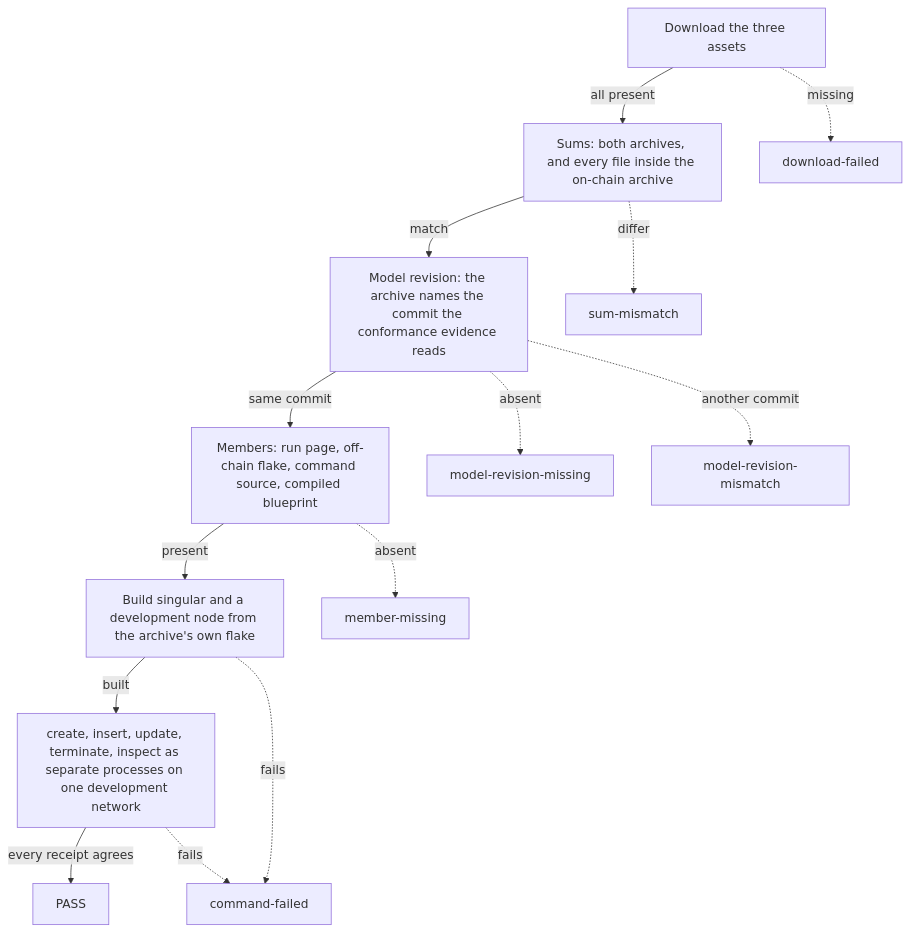
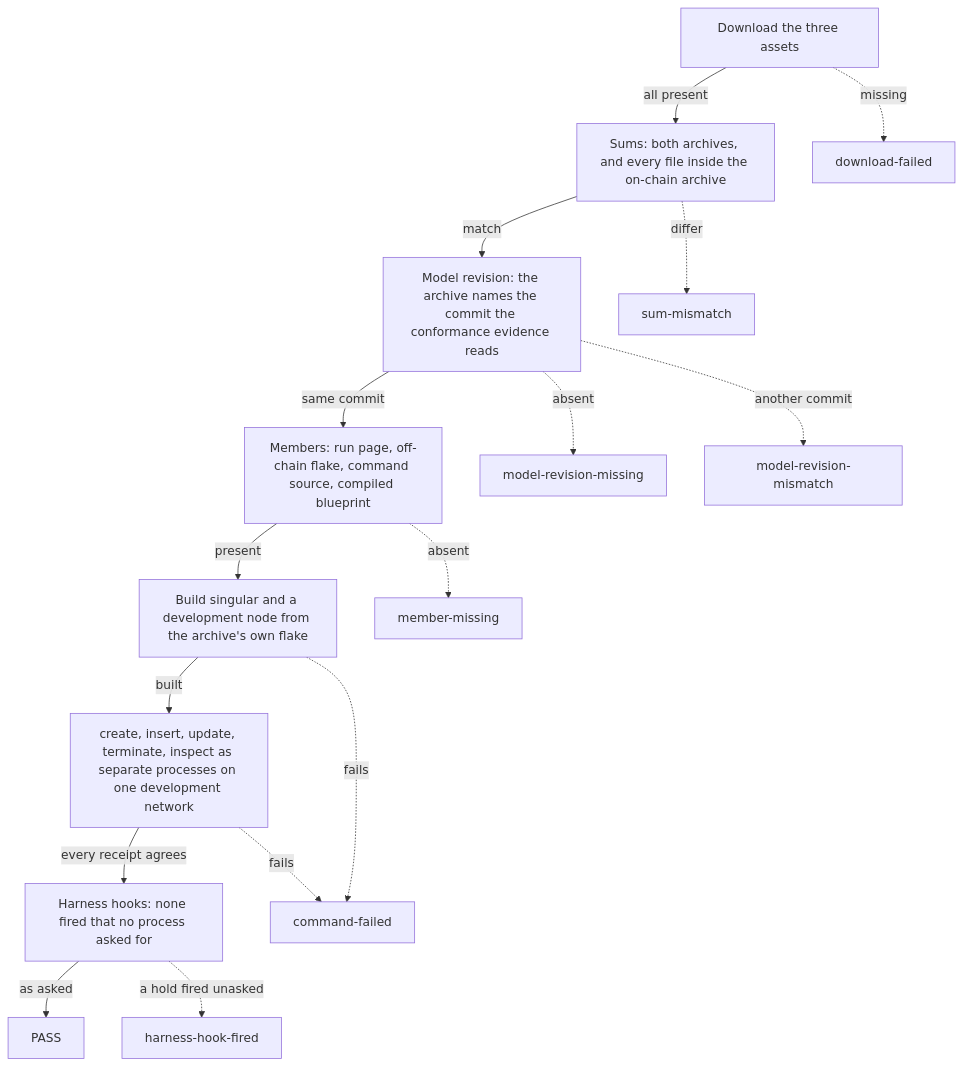
The diagram in docs/verify-release.md (lambdasistemi/singular), drawn with Mermaid before and after one commit. The commit also changed other lines of this file and 3 other files, not shown here.

First line of the commit message:
docs: the test-harness hooks of the released singular (#326)

````diff
--- a/docs/verify-release.md
+++ b/docs/verify-release.md
@@ -40,16 +40,18 @@
 ```mermaid
 flowchart TD
     D[Download the three assets] -->|all present| S[Sums: both archives, and every file inside the on-chain archive]
     S -->|match| M[Model revision: the archive names the commit the conformance evidence reads]
     M -->|same commit| E[Members: run page, off-chain flake, command source, compiled blueprint]
     E -->|present| B[Build singular and a development node from the archive's own flake]
     B -->|built| J[create, insert, update, terminate, inspect as separate processes on one development network]
-    J -->|every receipt agrees| P[PASS]
+    J -->|every receipt agrees| H[Harness hooks: none fired that no process asked for]
+    H -->|as asked| P[PASS]
     D -.->|missing| R1[download-failed]
     S -.->|differ| R2[sum-mismatch]
     M -.->|absent| R3[model-revision-missing]
     M -.->|another commit| R4[model-revision-mismatch]
     E -.->|absent| R5[member-missing]
     B -.->|fails| R6[command-failed]
     J -.->|fails| R6
+    H -.->|a hold fired unasked| R7[harness-hook-fired]
 ```
````
